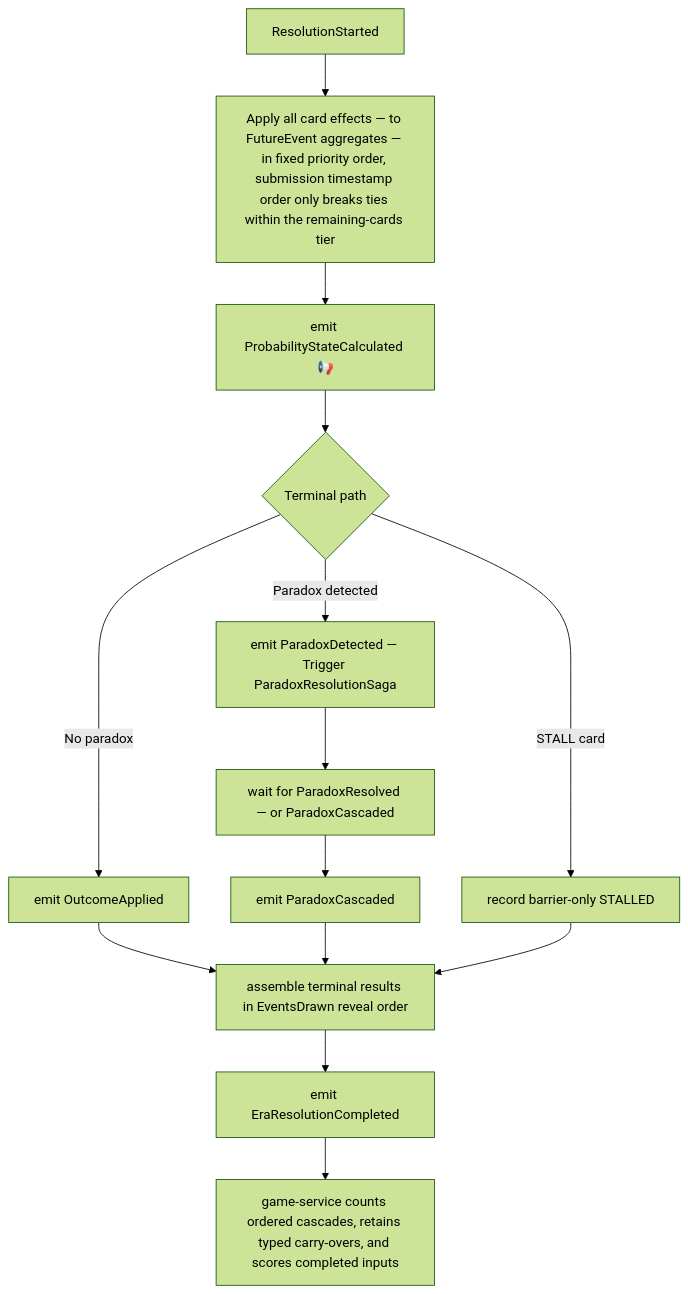
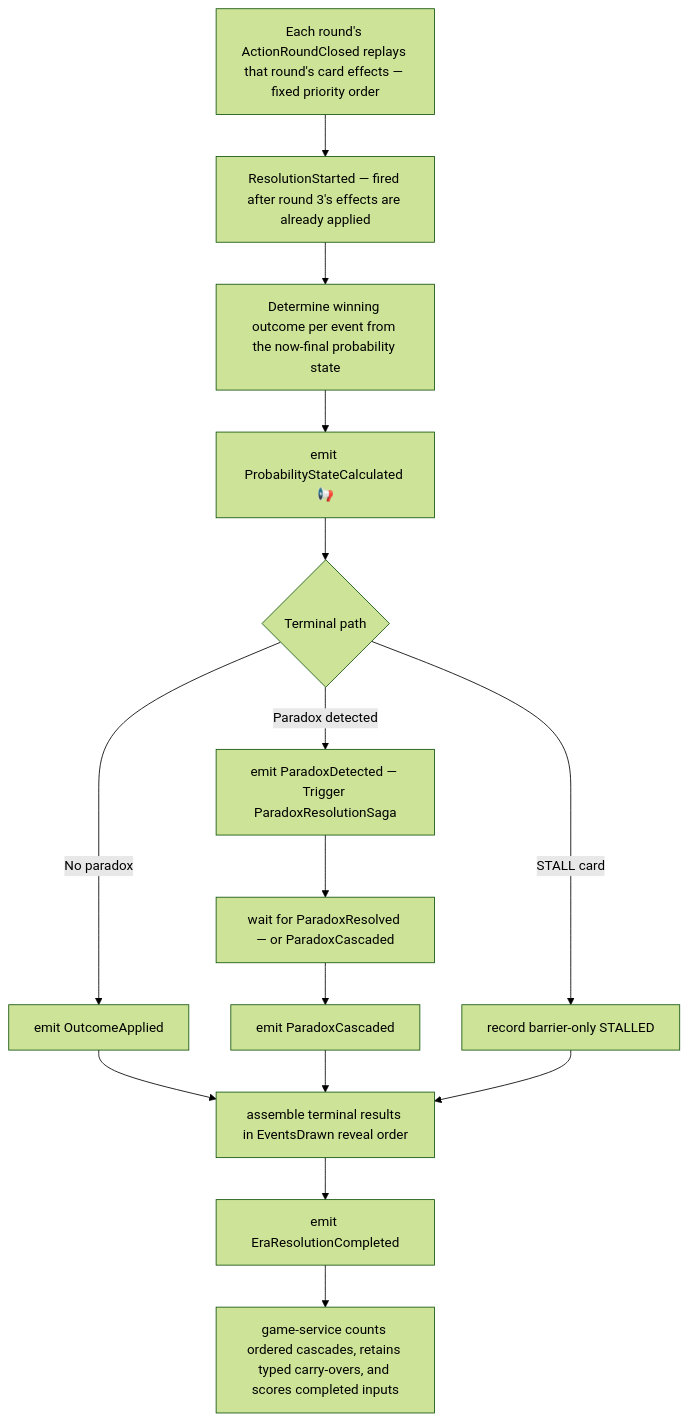
The diagram in sagas/resolution.mdx (temporal-rift/docs), drawn with Mermaid (forest theme) before and after one commit. The commit also changed other lines of this file and 21 other files, not shown here.

````diff
--- a/sagas/resolution.mdx
+++ b/sagas/resolution.mdx
@@ -11,16 +16,17 @@
 ```mermaid
 flowchart TD
-  A[ResolutionStarted] --> B[Apply all card effects — to FutureEvent aggregates — in fixed priority order, submission timestamp order only breaks ties within the remaining-cards tier]
+  R[Each round's ActionRoundClosed replays that round's card effects — fixed priority order] --> A
+  A[ResolutionStarted — fired after round 3's effects are already applied] --> B[Determine winning outcome per event from the now-final probability state]
   B --> C[emit ProbabilityStateCalculated 📢]
   C --> D{Terminal path}
   D -->|No paradox| E[emit OutcomeApplied]
   D -->|Paradox detected| F[emit ParadoxDetected — Trigger ParadoxResolutionSaga]
   F --> G[wait for ParadoxResolved — or ParadoxCascaded]
   G --> H[emit ParadoxCascaded]
   D -->|STALL card| I[record barrier-only STALLED]
   E --> J[assemble terminal results in EventsDrawn reveal order]
   H --> J
   I --> J
   J --> K[emit EraResolutionCompleted]
   K --> L[game-service counts ordered cascades, retains typed carry-overs, and scores completed inputs]
 ```
````
